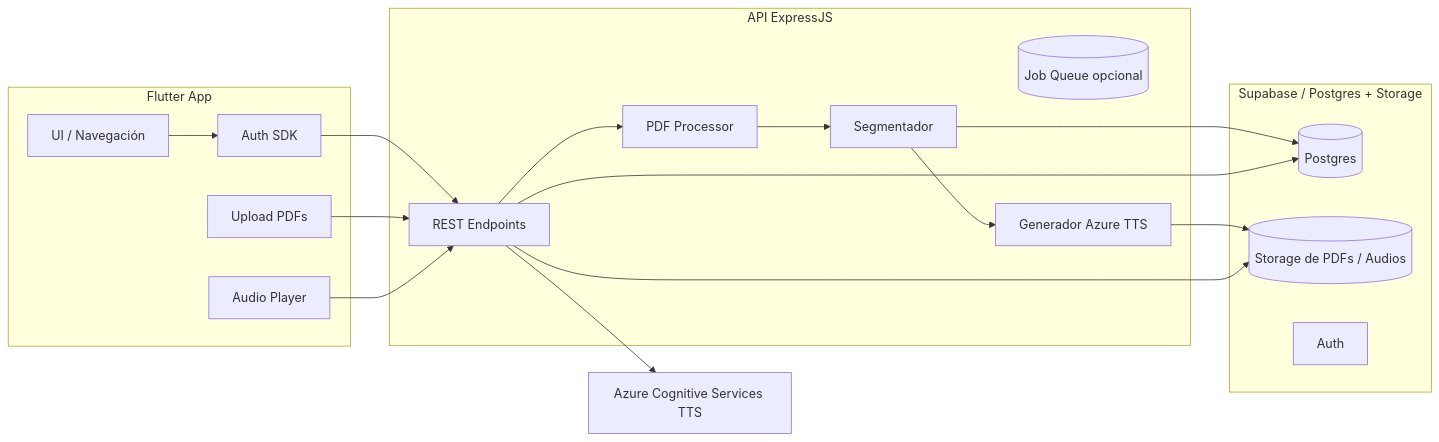
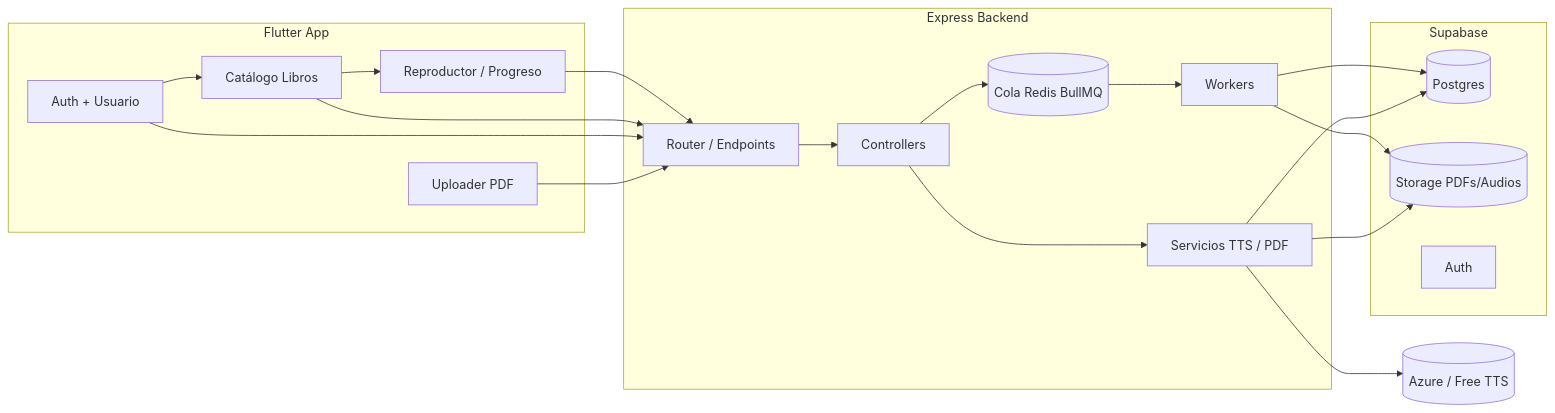
One commit to spalacioc05/Loom changed the first of 7 diagrams in README.md. Above: the diagram before and after it, drawn with Mermaid. The commit also changed other lines of this file, not shown here.

First line of the commit message:
Expand and update README with architecture and features

````diff
--- a/README.md
+++ b/README.md
@@ -69,35 +69,34 @@
 ```mermaid
 flowchart LR
-  subgraph Client[Flutter App]
-    UI[UI / Navegación]
-    Auth[Auth SDK]
-    Player[Audio Player]
-    Upload[Upload PDFs]
+  subgraph Móvil[Flutter App]
+    A[Auth + Usuario] --> B[Catálogo Libros]
+    B --> C[Reproductor / Progreso]
+    D[Uploader PDF]
   end
 
-  subgraph Backend[API ExpressJS]
-    API[REST Endpoints]
-    Proc[PDF Processor]
-    Seg[Segmentador]
-    Queue[(Job Queue opcional)]
-    TTS[Generador Azure TTS]
+  subgraph API[Express Backend]
+    R[Router / Endpoints]
+    CTRL[Controllers]
+    SVC[Servicios TTS / PDF]
+    Q[(Cola Redis BullMQ)]
+    WK[Workers]
   end
 
-  subgraph Supabase[Supabase / Postgres + Storage]
-    DB[(Postgres)]
-    Storage[(Storage de PDFs / Audios)]
-    AuthSvc[Auth]
+  subgraph Data[Supabase]
+    PG[(Postgres)]
+    ST[(Storage PDFs/Audios)]
+    AUTH[Auth]
   end
 
-  AzureTTS[Azure Cognitive Services TTS]
+  TTSProv[(Azure / Free TTS)]
 
-  UI --> Auth --> API
-  Upload --> API
-  API --> Proc --> Seg --> TTS
-  TTS --> Storage
-  Seg --> DB
-  API --> DB
-  Player --> API
-  API --> Storage
-  API --> AzureTTS
+  D --> R
+  A --> R
+  B --> R
+  C --> R
+  R --> CTRL --> SVC --> PG
+  SVC --> ST
+  SVC --> TTSProv
+  CTRL --> Q --> WK --> ST
+  WK --> PG
 ```
````
